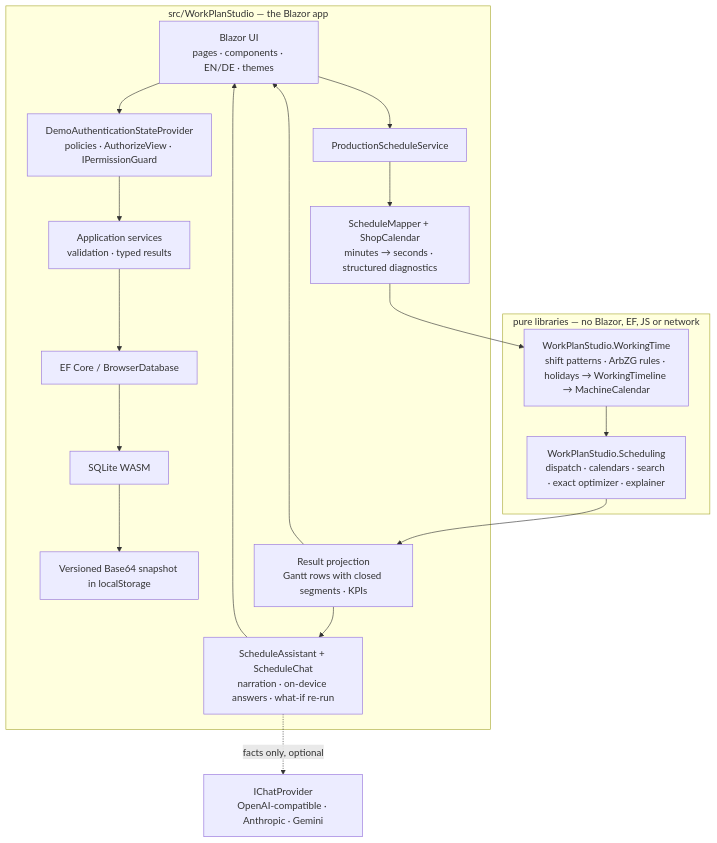
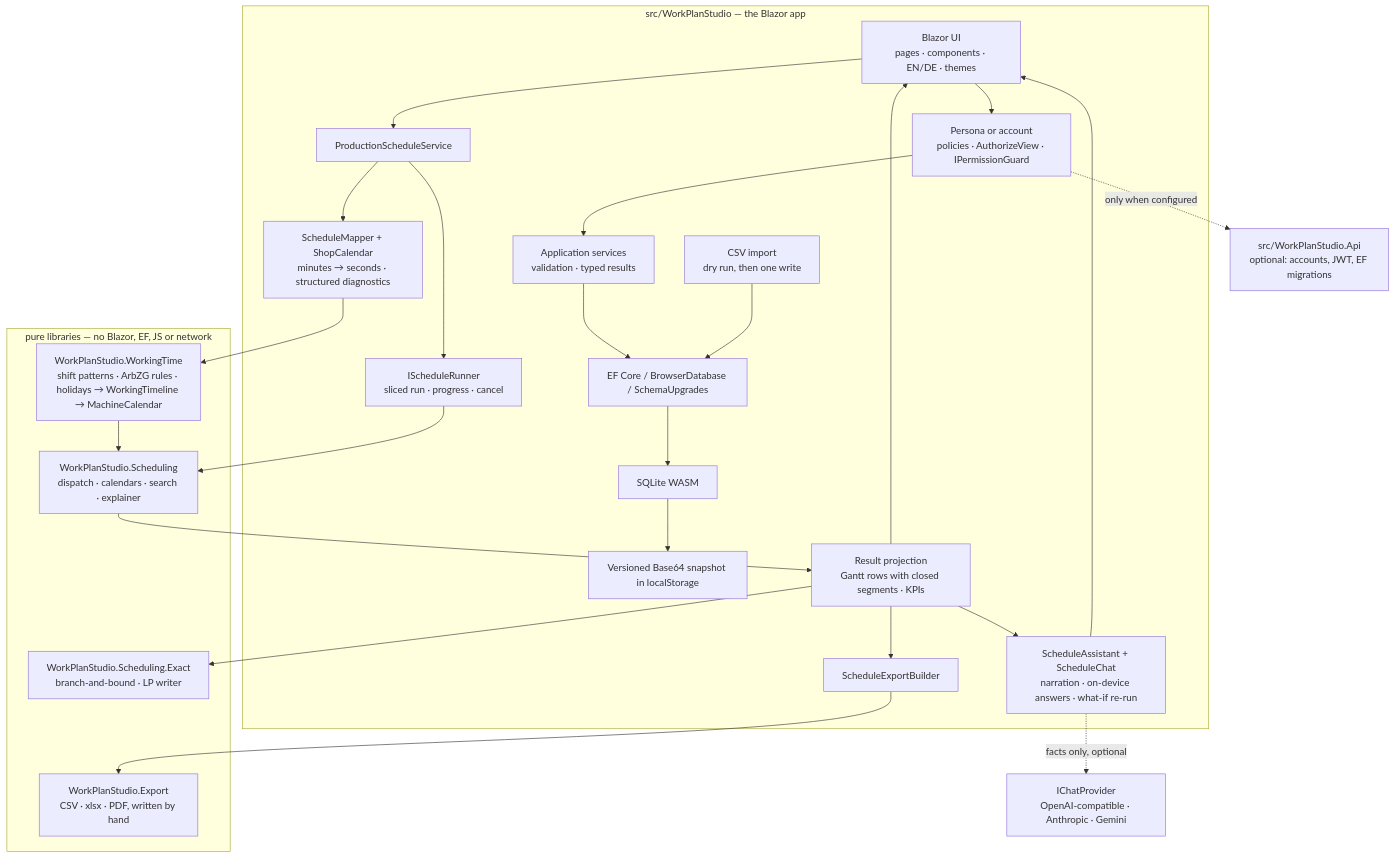
The diagram in docs/ARCHITECTURE.md (aco993/WorkPlanStudio), drawn with Mermaid before and after one commit. The commit also changed other lines of this file and 435 other files, not shown here.

````diff
--- a/docs/ARCHITECTURE.md
+++ b/docs/ARCHITECTURE.md
@@ -5,25 +11,36 @@
 ```mermaid
 flowchart TD
     subgraph App["src/WorkPlanStudio — the Blazor app"]
         UI["Blazor UI<br/>pages · components · EN/DE · themes"]
-        AUTH["DemoAuthenticationStateProvider<br/>policies · AuthorizeView · IPermissionGuard"]
+        AUTH["Persona or account<br/>policies · AuthorizeView · IPermissionGuard"]
         APP["Application services<br/>validation · typed results"]
-        EF["EF Core / BrowserDatabase"]
+        IMP["CSV import<br/>dry run, then one write"]
+        EF["EF Core / BrowserDatabase / SchemaUpgrades"]
         SQL["SQLite WASM"]
         LS["Versioned Base64 snapshot in localStorage"]
         PS["ProductionScheduleService"]
         MAP["ScheduleMapper + ShopCalendar<br/>minutes → seconds · structured diagnostics"]
+        RUN["IScheduleRunner<br/>sliced run · progress · cancel"]
         VIEW["Result projection<br/>Gantt rows with closed segments · KPIs"]
         ASSIST["ScheduleAssistant + ScheduleChat<br/>narration · on-device answers · what-if re-run"]
+        EXPSVC["ScheduleExportBuilder"]
     end
     subgraph Libraries["pure libraries — no Blazor, EF, JS or network"]
         WT["WorkPlanStudio.WorkingTime<br/>shift patterns · ArbZG rules · holidays → WorkingTimeline → MachineCalendar"]
-        CORE["WorkPlanStudio.Scheduling<br/>dispatch · calendars · search · exact optimizer · explainer"]
+        CORE["WorkPlanStudio.Scheduling<br/>dispatch · calendars · search · explainer"]
+        EXACT["WorkPlanStudio.Scheduling.Exact<br/>branch-and-bound · LP writer"]
+        EXP["WorkPlanStudio.Export<br/>CSV · xlsx · PDF, written by hand"]
     end
+    API["src/WorkPlanStudio.Api<br/>optional: accounts, JWT, EF migrations"]
     AI["IChatProvider<br/>OpenAI-compatible · Anthropic · Gemini"]
 
     UI --> AUTH --> APP --> EF --> SQL --> LS
-    UI --> PS --> MAP --> WT --> CORE --> VIEW --> UI
+    IMP --> EF
+    UI --> PS --> MAP --> WT --> CORE
+    PS --> RUN --> CORE --> VIEW --> UI
+    VIEW --> EXPSVC --> EXP
+    VIEW --> EXACT
     VIEW --> ASSIST --> UI
     ASSIST -. facts only, optional .-> AI
+    AUTH -. only when configured .-> API
 ```
````
